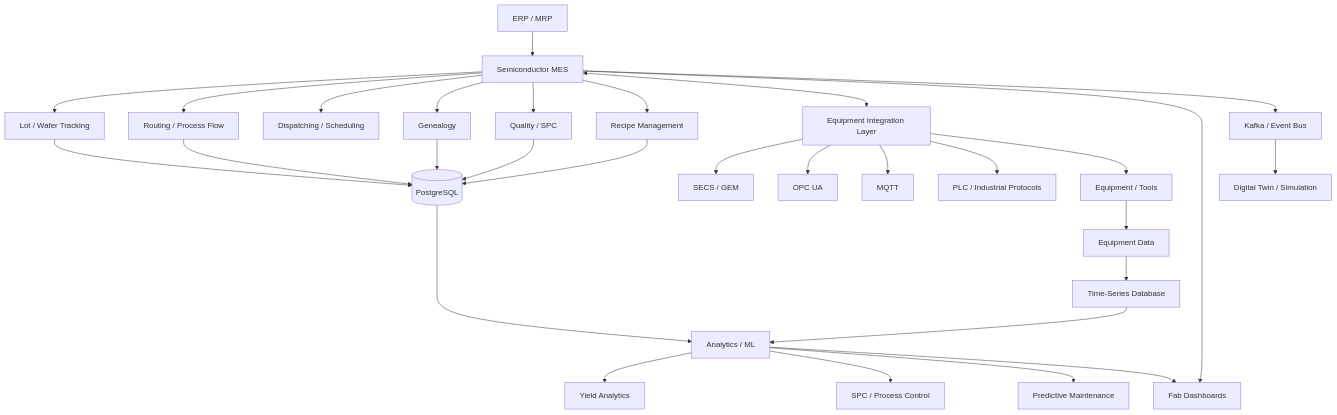
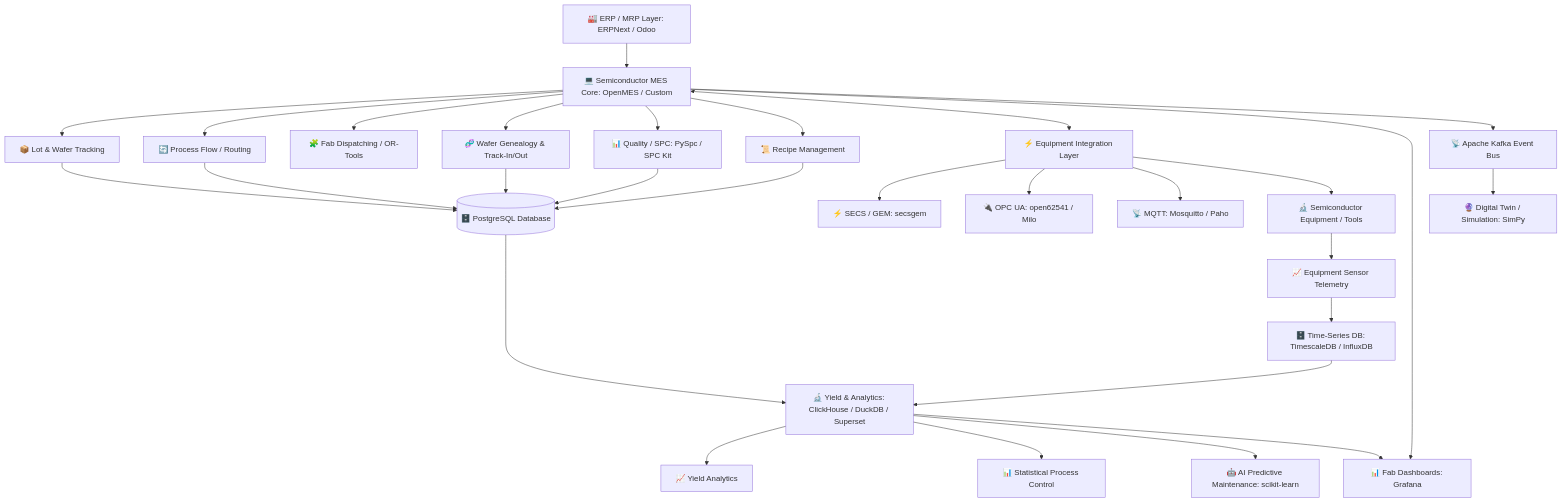
The first of 2 diagrams in README.md (ishandutta2007/Awesome-Semiconductor-Manufacturing-Execution-System), drawn with Mermaid before and after one commit. The commit also changed other lines of this file and 2 other files, not shown here.

````diff
--- a/README.md
+++ b/README.md
@@ -641,42 +201,41 @@
 ```mermaid
 flowchart TB
-    ERP[ERP / MRP] --> MES[Semiconductor MES]
+    ERP[🏭 ERP / MRP Layer: ERPNext / Odoo] --> MES[💻 Semiconductor MES Core: OpenMES / Custom]
 
-    MES --> LOT[Lot / Wafer Tracking]
-    MES --> ROUTE[Routing / Process Flow]
-    MES --> DISP[Dispatching / Scheduling]
-    MES --> GENE[Genealogy]
-    MES --> QUAL[Quality / SPC]
-    MES --> RECIPE[Recipe Management]
+    MES --> LOT[📦 Lot & Wafer Tracking]
+    MES --> ROUTE[🔄 Process Flow / Routing]
+    MES --> DISP[🧩 Fab Dispatching / OR-Tools]
+    MES --> GENE[🧬 Wafer Genealogy & Track-In/Out]
+    MES --> QUAL[📊 Quality / SPC: PySpc / SPC Kit]
+    MES --> RECIPE[📜 Recipe Management]
 
-    MES <--> EQ[Equipment Integration Layer]
+    MES <--> EQ[⚡ Equipment Integration Layer]
 
-    EQ --> SECS[SECS / GEM]
-    EQ --> OPC[OPC UA]
-    EQ --> MQTT[MQTT]
-    EQ --> PLC[PLC / Industrial Protocols]
+    EQ --> SECS[⚡ SECS / GEM: secsgem]
+    EQ --> OPC[🔌 OPC UA: open62541 / Milo]
+    EQ --> MQTT[📡 MQTT: Mosquitto / Paho]
 
-    EQ --> FAB[Equipment / Tools]
+    EQ --> FAB[🔬 Semiconductor Equipment / Tools]
 
-    FAB --> DATA[Equipment Data]
-    DATA --> TS[Time-Series Database]
+    FAB --> DATA[📈 Equipment Sensor Telemetry]
+    DATA --> TS[🗄️ Time-Series DB: TimescaleDB / InfluxDB]
 
-    LOT --> DB[(PostgreSQL)]
+    LOT --> DB[(🗄️ PostgreSQL Database)]
     ROUTE --> DB
     GENE --> DB
     QUAL --> DB
     RECIPE --> DB
 
-    TS --> ANALYTICS[Analytics / ML]
+    TS --> ANALYTICS[🔬 Yield & Analytics: ClickHouse / DuckDB / Superset]
     DB --> ANALYTICS
 
-    ANALYTICS --> YIELD[Yield Analytics]
-    ANALYTICS --> SPC[SPC / Process Control]
-    ANALYTICS --> PRED[Predictive Maintenance]
+    ANALYTICS --> YIELD[📈 Yield Analytics]
+    ANALYTICS --> SPC[📊 Statistical Process Control]
+    ANALYTICS --> PRED[🤖 AI Predictive Maintenance: scikit-learn]
 
-    MES --> DASH[Fab Dashboards]
+    MES --> DASH[📊 Fab Dashboards: Grafana]
     ANALYTICS --> DASH
 
-    MES --> EVENT[Kafka / Event Bus]
-    EVENT --> DIGITAL[Digital Twin / Simulation]
+    MES --> EVENT[📡 Apache Kafka Event Bus]
+    EVENT --> DIGITAL[🔮 Digital Twin / Simulation: SimPy]
 ```
````
